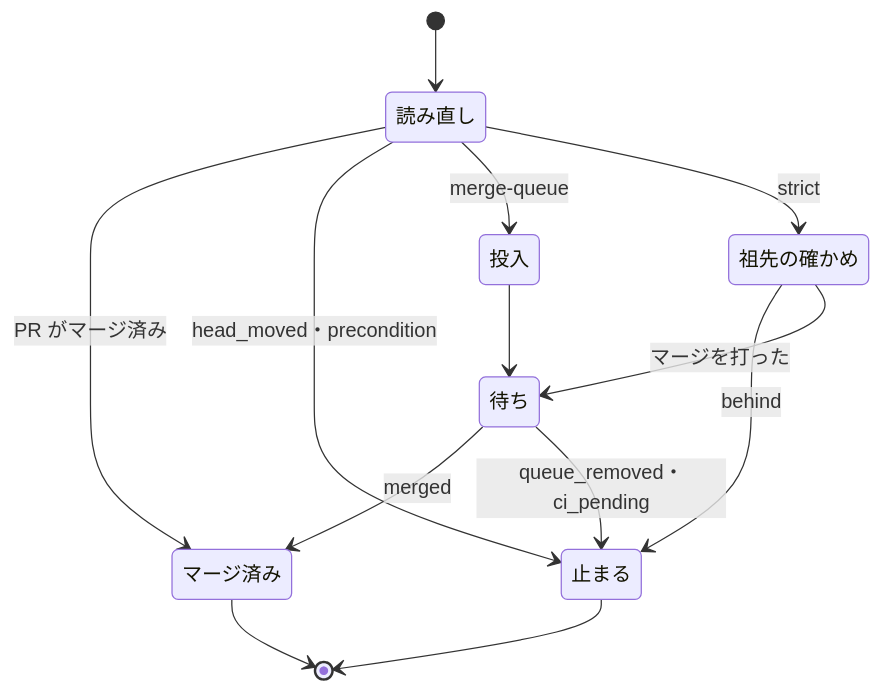
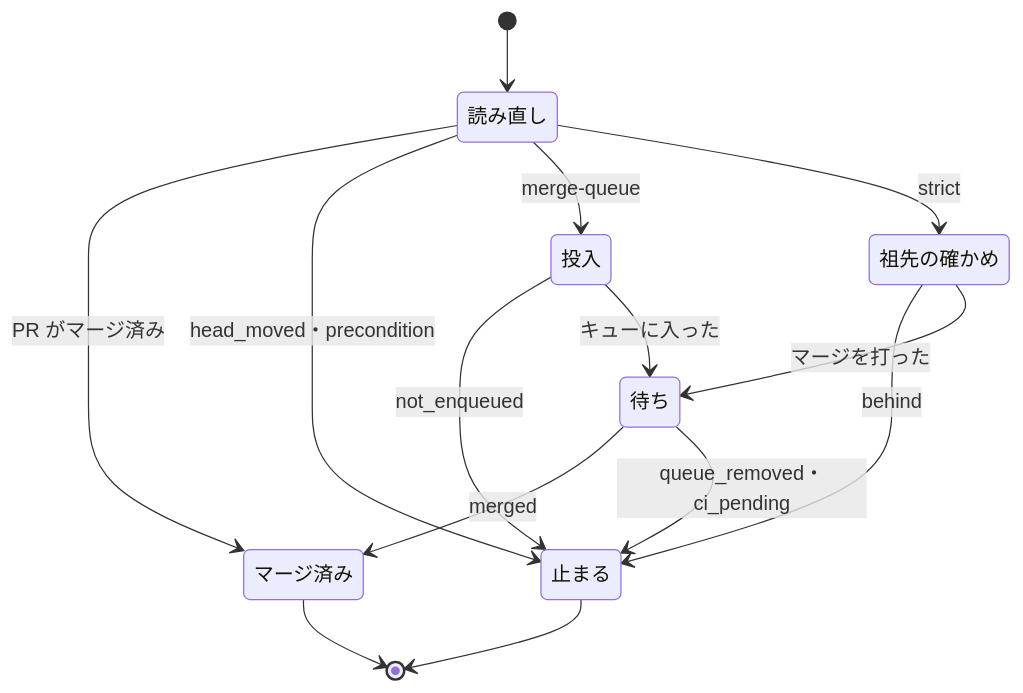
The third of 3 diagrams in issues/issue-3641-design.md (devbasex/ai-plugins), drawn with Mermaid before and after one commit. The commit also changed other lines of this file and 4 other files, not shown here.

````diff
--- a/issues/issue-3641-design.md
+++ b/issues/issue-3641-design.md
@@ -297,15 +312,16 @@
 ```mermaid
 stateDiagram-v2
     [*] --> 読み直し
     読み直し --> マージ済み: PR がマージ済み
     読み直し --> 止まる: head_moved・precondition
     読み直し --> 投入: merge-queue
     読み直し --> 祖先の確かめ: strict
     祖先の確かめ --> 止まる: behind
     祖先の確かめ --> 待ち: マージを打った
-    投入 --> 待ち
+    投入 --> 止まる: not_enqueued
+    投入 --> 待ち: キューに入った
     待ち --> マージ済み: merged
     待ち --> 止まる: queue_removed・ci_pending
     マージ済み --> [*]
     止まる --> [*]
 ```
````
